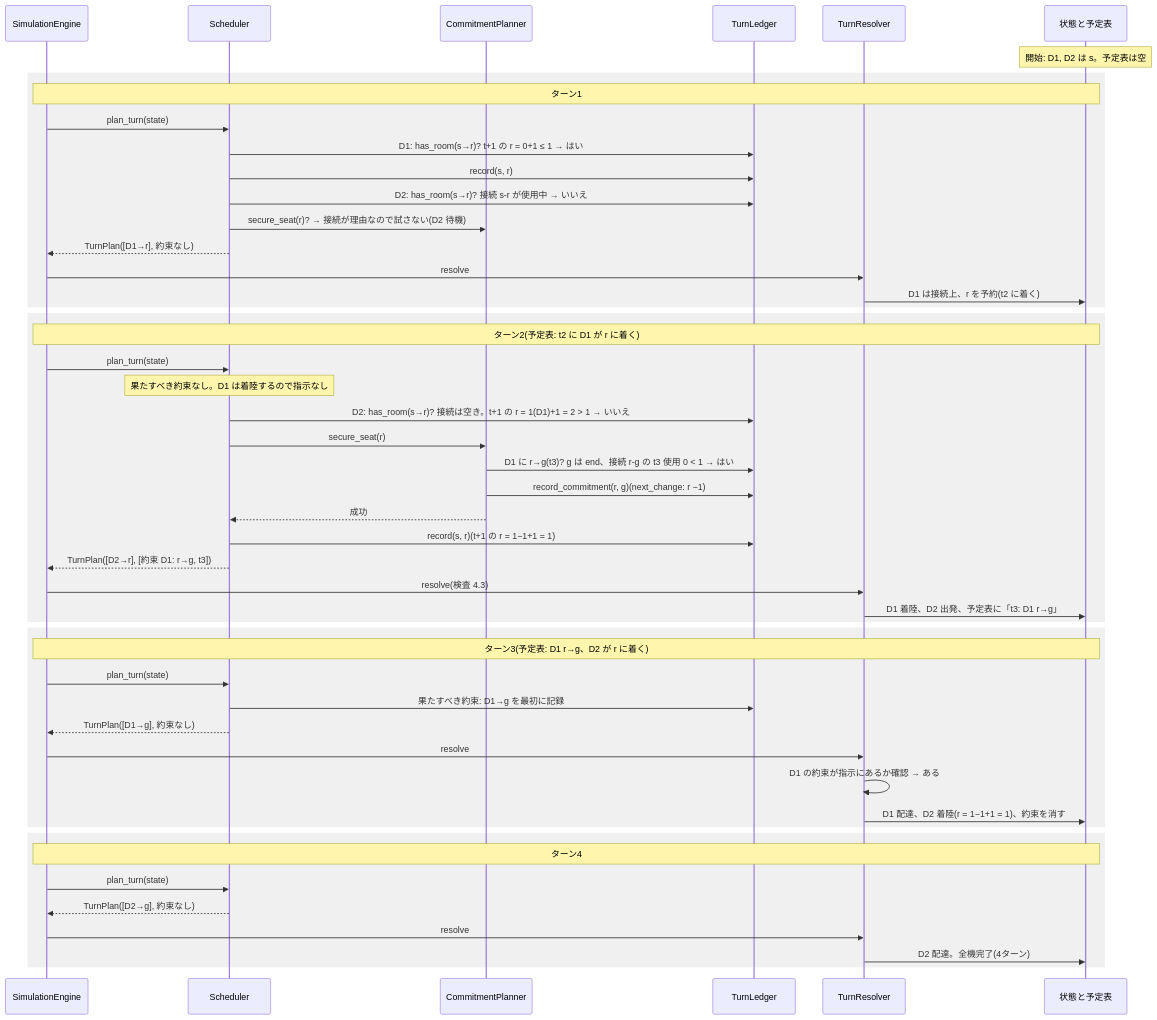
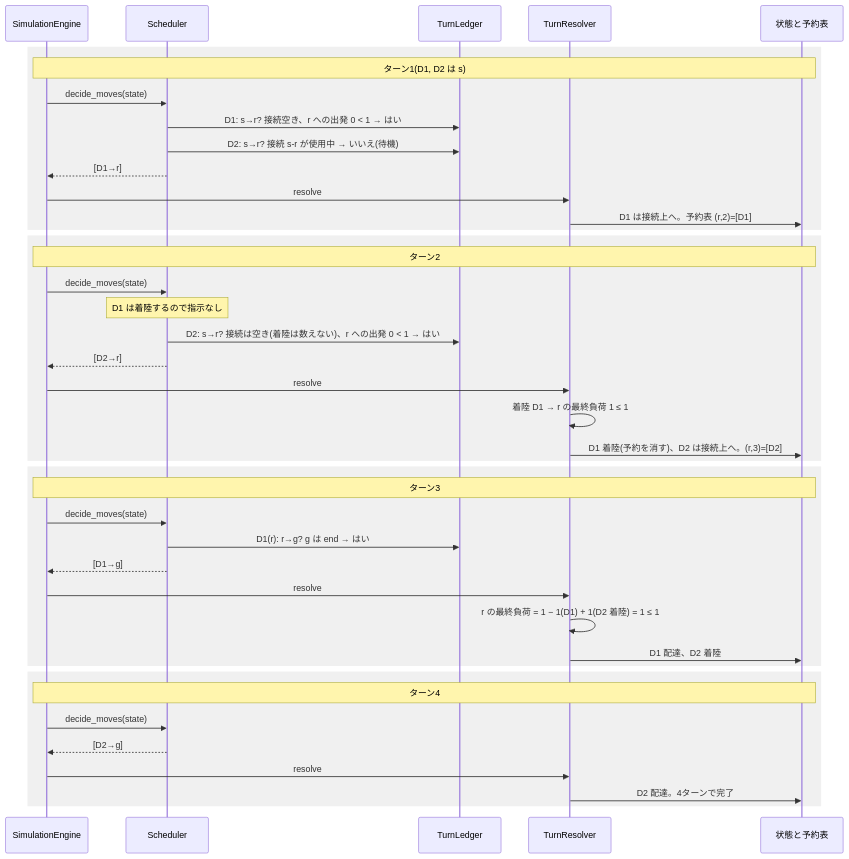
The second of 3 diagrams in docs/research/2026-10-18_design-timed-reservation.md (saikawakiruya-droid/fly_in), drawn with Mermaid before and after one commit. The commit also changed other lines of this file and 1 other file, not shown here.

Commit message:
Revise the restricted reservation design to the per-turn reservation table model

````diff
--- a/docs/research/2026-10-18_design-timed-reservation.md
+++ b/docs/research/2026-10-18_design-timed-reservation.md
@@ -308,52 +194,44 @@
 ```mermaid
 sequenceDiagram
     participant Eng as SimulationEngine
     participant Sch as Scheduler
-    participant Pl as CommitmentPlanner
     participant Led as TurnLedger
     participant Res as TurnResolver
-    participant St as 状態と予定表
+    participant St as 状態と予約表
 
-    Note over St: 開始: D1, D2 は s。予定表は空
     rect rgb(240, 240, 240)
-    Note over Eng,St: ターン1
-    Eng->>Sch: plan_turn(state)
-    Sch->>Led: D1: has_room(s→r)? t+1 の r = 0+1 ≤ 1 → はい
-    Sch->>Led: record(s, r)
-    Sch->>Led: D2: has_room(s→r)? 接続 s-r が使用中 → いいえ
-    Sch->>Pl: secure_seat(r)? → 接続が理由なので試さない(D2 待機)
-    Sch-->>Eng: TurnPlan([D1→r], 約束なし)
+    Note over Eng,St: ターン1(D1, D2 は s)
+    Eng->>Sch: decide_moves(state)
+    Sch->>Led: D1: s→r? 接続空き、r への出発 0 < 1 → はい
+    Sch->>Led: D2: s→r? 接続 s-r が使用中 → いいえ(待機)
+    Sch-->>Eng: [D1→r]
     Eng->>Res: resolve
-    Res->>St: D1 は接続上、r を予約(t2 に着く)
+    Res->>St: D1 は接続上へ。予約表 (r,2)=[D1]
     end
     rect rgb(240, 240, 240)
-    Note over Eng,St: ターン2(予定表: t2 に D1 が r に着く)
-    Eng->>Sch: plan_turn(state)
-    Note over Sch: 果たすべき約束なし。D1 は着陸するので指示なし
-    Sch->>Led: D2: has_room(s→r)? 接続は空き。t+1 の r = 1(D1)+1 = 2 > 1 → いいえ
-    Sch->>Pl: secure_seat(r)
-    Pl->>Led: D1 に r→g(t3)? g は end、接続 r-g の t3 使用 0 < 1 → はい
-    Pl->>Led: record_commitment(r, g)(next_change: r −1)
-    Pl-->>Sch: 成功
-    Sch->>Led: record(s, r)(t+1 の r = 1−1+1 = 1)
-    Sch-->>Eng: TurnPlan([D2→r], [約束 D1: r→g, t3])
-    Eng->>Res: resolve(検査 4.3)
-    Res->>St: D1 着陸、D2 出発、予定表に「t3: D1 r→g」
+    Note over Eng,St: ターン2
+    Eng->>Sch: decide_moves(state)
+    Note over Sch: D1 は着陸するので指示なし
+    Sch->>Led: D2: s→r? 接続は空き(着陸は数えない)、r への出発 0 < 1 → はい
+    Sch-->>Eng: [D2→r]
+    Eng->>Res: resolve
+    Res->>Res: 着陸 D1 → r の最終負荷 1 ≤ 1
+    Res->>St: D1 着陸(予約を消す)、D2 は接続上へ。(r,3)=[D2]
     end
     rect rgb(240, 240, 240)
-    Note over Eng,St: ターン3(予定表: D1 r→g、D2 が r に着く)
-    Eng->>Sch: plan_turn(state)
-    Sch->>Led: 果たすべき約束: D1→g を最初に記録
-    Sch-->>Eng: TurnPlan([D1→g], 約束なし)
+    Note over Eng,St: ターン3
+    Eng->>Sch: decide_moves(state)
+    Sch->>Led: D1(r): r→g? g は end → はい
+    Sch-->>Eng: [D1→g]
     Eng->>Res: resolve
-    Res->>Res: D1 の約束が指示にあるか確認 → ある
-    Res->>St: D1 配達、D2 着陸(r = 1−1+1 = 1)、約束を消す
+    Res->>Res: r の最終負荷 = 1 − 1(D1) + 1(D2 着陸) = 1 ≤ 1
+    Res->>St: D1 配達、D2 着陸
     end
     rect rgb(240, 240, 240)
     Note over Eng,St: ターン4
-    Eng->>Sch: plan_turn(state)
-    Sch-->>Eng: TurnPlan([D2→g], 約束なし)
+    Eng->>Sch: decide_moves(state)
+    Sch-->>Eng: [D2→g]
     Eng->>Res: resolve
-    Res->>St: D2 配達。全機完了(4ターン)
+    Res->>St: D2 配達。4ターンで完了
     end
 ```
````
